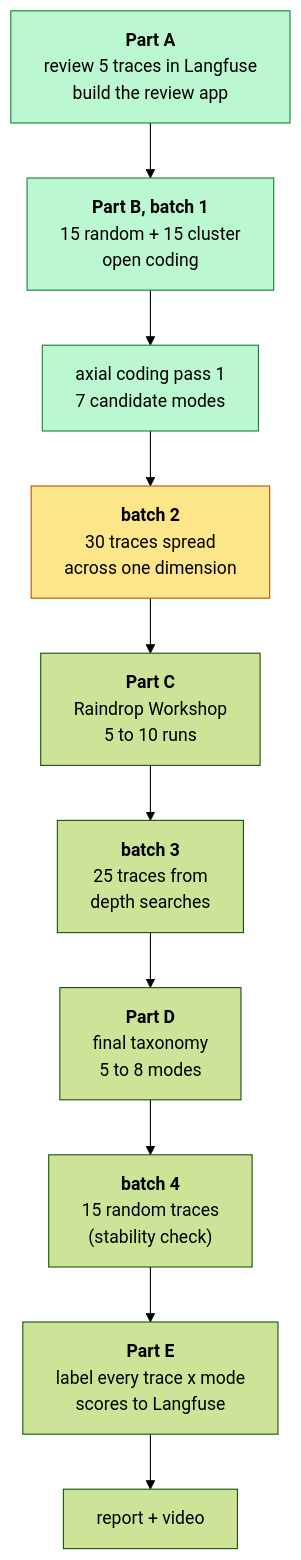
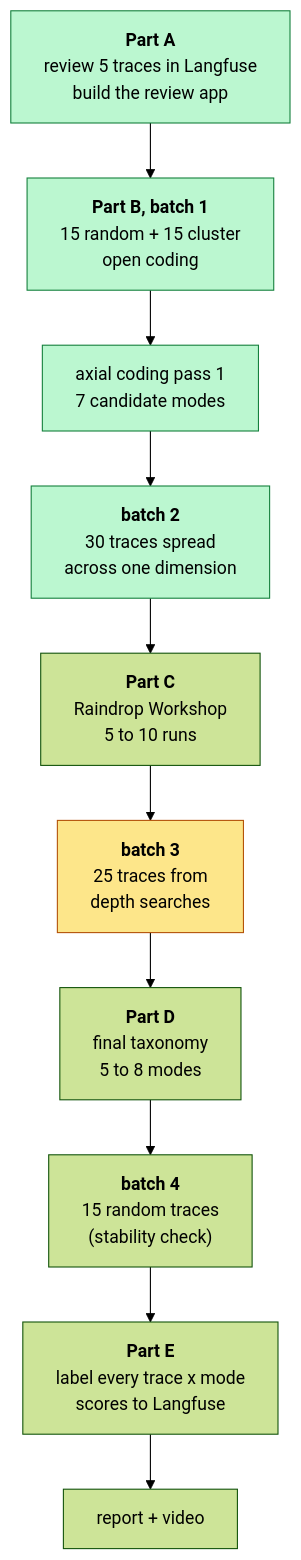
The first of 5 diagrams in homework/homework4_report.md (edangx100/cartwheel-homeworks), drawn with Mermaid (forest theme) before and after one commit. The commit also changed other lines of this file, not shown here.

````diff
--- a/homework/homework4_report.md
+++ b/homework/homework4_report.md
@@ -99,20 +99,21 @@
 ```mermaid
 flowchart TD
     PA["<b>Part A</b><br/>review 5 traces in Langfuse<br/>build the review app"]
     B1["<b>Part B, batch 1</b><br/>15 random + 15 cluster<br/>open coding"]
     AX1["axial coding pass 1<br/>7 candidate modes"]
     B2["<b>batch 2</b><br/>30 traces spread<br/>across one dimension"]
     PC["<b>Part C</b><br/>Raindrop Workshop<br/>5 to 10 runs"]
     B3["<b>batch 3</b><br/>25 traces from<br/>depth searches"]
     PD["<b>Part D</b><br/>final taxonomy<br/>5 to 8 modes"]
     B4["<b>batch 4</b><br/>15 random traces<br/>(stability check)"]
     PE["<b>Part E</b><br/>label every trace x mode<br/>scores to Langfuse"]
     V["report + video"]
 
     PA --> B1 --> AX1 --> B2 --> PC --> B3 --> PD --> B4 --> PE --> V
 
     style PA fill:#bbf7d0,stroke:#15803d
     style B1 fill:#bbf7d0,stroke:#15803d
     style AX1 fill:#bbf7d0,stroke:#15803d
-    style B2 fill:#fde68a,stroke:#b45309
+    style B2 fill:#bbf7d0,stroke:#15803d
+    style B3 fill:#fde68a,stroke:#b45309
 ```
````
